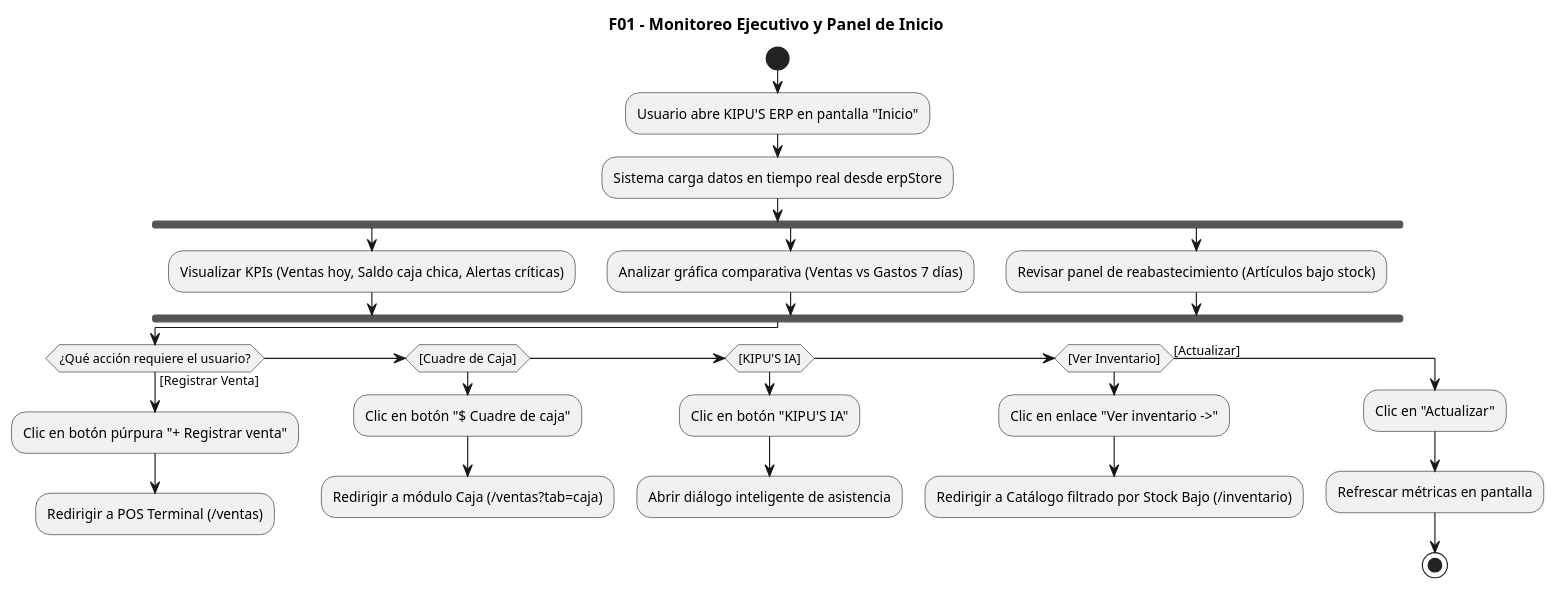
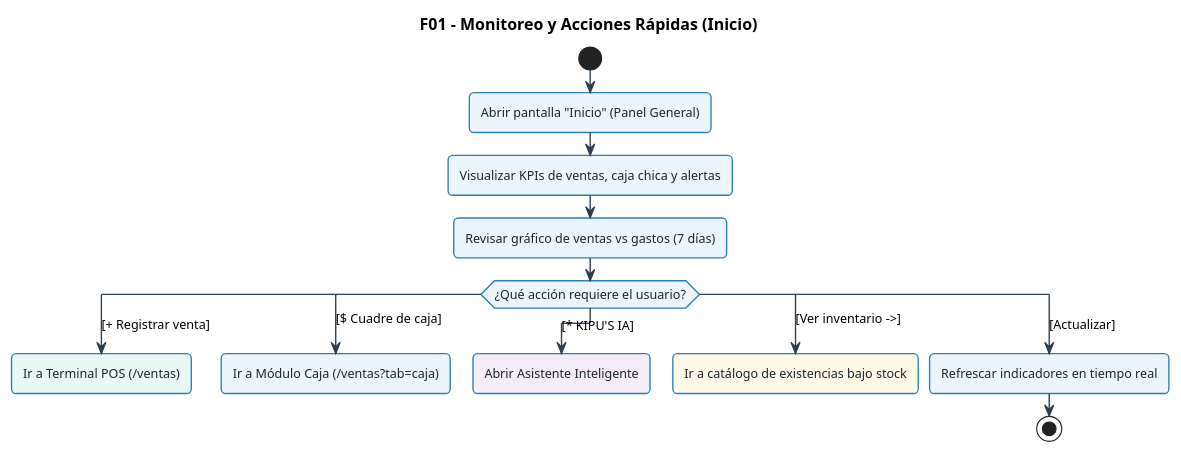
One commit to xmenil/ERP-KIPUS changed the first of 11 diagrams in docs/UML-flujos/flujos-consolidados-kipu.md. Above: the diagram before and after it, drawn with PlantUML. The commit also changed other lines of this file and 23 other files, not shown here.

Commit message:
docs(uml): simplificar flujos con estilo Bizagi BPMN coloreado y regenerar imagenes PNG

````diff
--- a/docs/UML-flujos/flujos-consolidados-kipu.md
+++ b/docs/UML-flujos/flujos-consolidados-kipu.md
@@ -51,43 +45,54 @@
 ```plantuml
 @startuml
-skinparam handwritten false
-skinparam monochrome true
-skinparam packageStyle rectangle
+skinparam defaultFontName "Segoe UI", Arial, sans-serif
+skinparam defaultFontSize 11
+skinparam roundCorner 8
 skinparam shadowing false
+skinparam ArrowColor #2C3E50
+skinparam ArrowThickness 1.2
 
-title F01 - Monitoreo Ejecutivo y Panel de Inicio
+skinparam activity {
+  BackgroundColor #EBF5FB
+  BorderColor #2980B9
+  BorderThickness 1.2
+  FontColor #1A252F
+}
+skinparam decision {
+  BackgroundColor #FEF9E7
+  BorderColor #F39C12
+  BorderThickness 1.2
+  FontColor #7D6608
+}
+skinparam start {
+  Color #27AE60
+}
+skinparam stop {
+  Color #C0392B
+}
+
+title F01 - Monitoreo y Acciones Rápidas (Inicio)
 
 start
-:Usuario abre KIPU'S ERP en pantalla "Inicio";
-:Sistema carga datos en tiempo real desde erpStore;
-fork
-  :Visualizar KPIs (Ventas hoy, Saldo caja chica, Alertas críticas);
-fork again
-  :Analizar gráfica comparativa (Ventas vs Gastos 7 días);
-fork again
-  :Revisar panel de reabastecimiento (Artículos bajo stock);
-end fork
+:Abrir pantalla "Inicio" (Panel General);
+:Visualizar KPIs de ventas, caja chica y alertas;
+:Revisar gráfico de ventas vs gastos (7 días);
 
-if (¿Qué acción requiere el usuario?) then ([Registrar Venta])
-  :Clic en botón púrpura "+ Registrar venta";
-  :Redirigir a POS Terminal (/ventas);
+switch (¿Qué acción requiere el usuario?)
+case ([+ Registrar venta])
+  #E8F8F5:Ir a Terminal POS (/ventas);
   detach
-elseif ([Cuadre de Caja]) then
-  :Clic en botón "$ Cuadre de caja";
-  :Redirigir a módulo Caja (/ventas?tab=caja);
+case ([$ Cuadre de caja])
+  #EBF5FB:Ir a Módulo Caja (/ventas?tab=caja);
   detach
-elseif ([KIPU'S IA]) then
-  :Clic en botón "KIPU'S IA";
-  :Abrir diálogo inteligente de asistencia;
+case ([* KIPU'S IA])
+  #F4ECF7:Abrir Asistente Inteligente;
   detach
-elseif ([Ver Inventario]) then
-  :Clic en enlace "Ver inventario ->";
-  :Redirigir a Catálogo filtrado por Stock Bajo (/inventario);
+case ([Ver inventario ->])
+  #FEF9E7:Ir a catálogo de existencias bajo stock;
   detach
-else ([Actualizar])
-  :Clic en "Actualizar";
-  :Refrescar métricas en pantalla;
+case ([Actualizar])
+  #EBF5FB:Refrescar indicadores en tiempo real;
   stop
-endif
+endswitch
 @enduml
 ```
````
